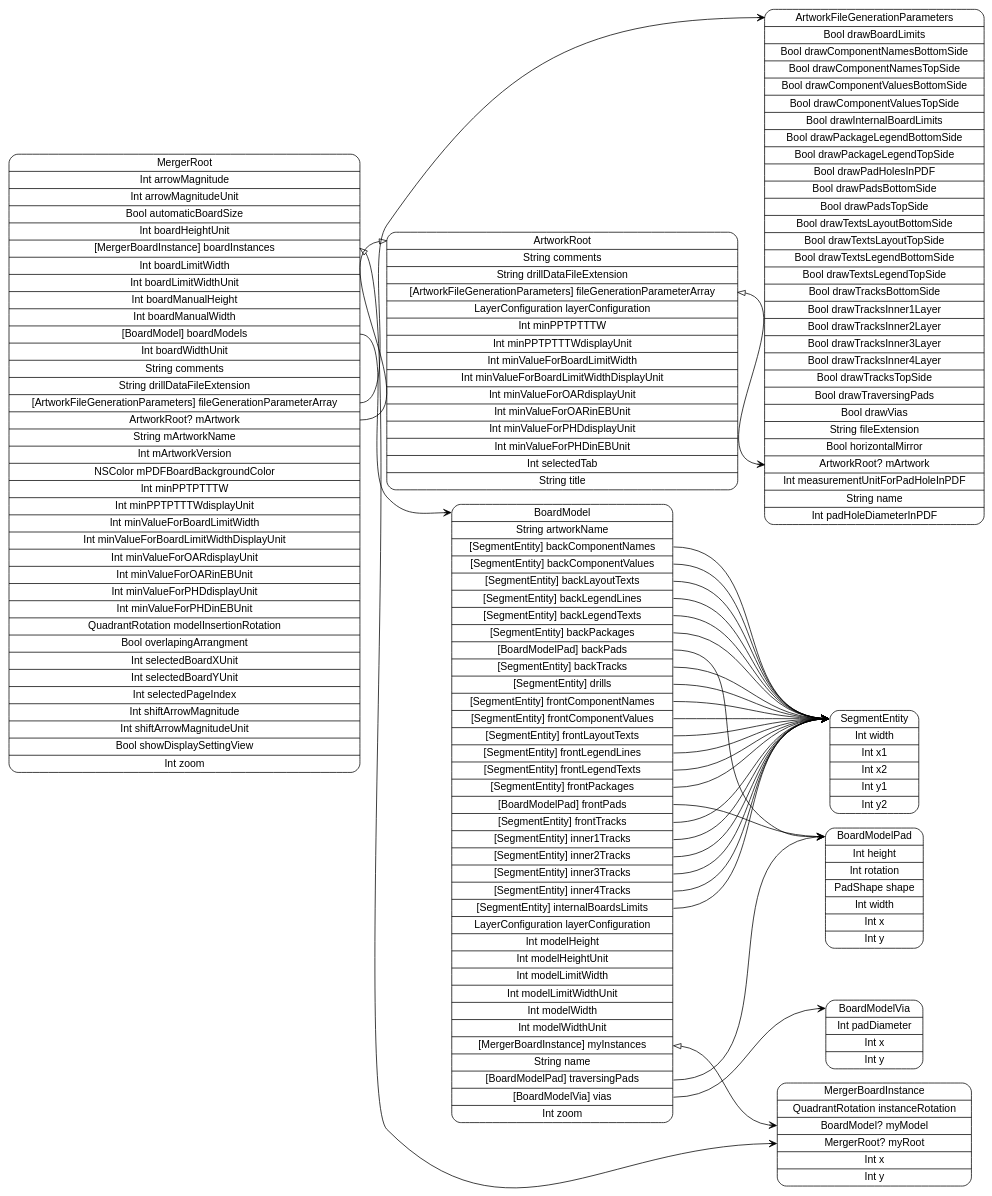
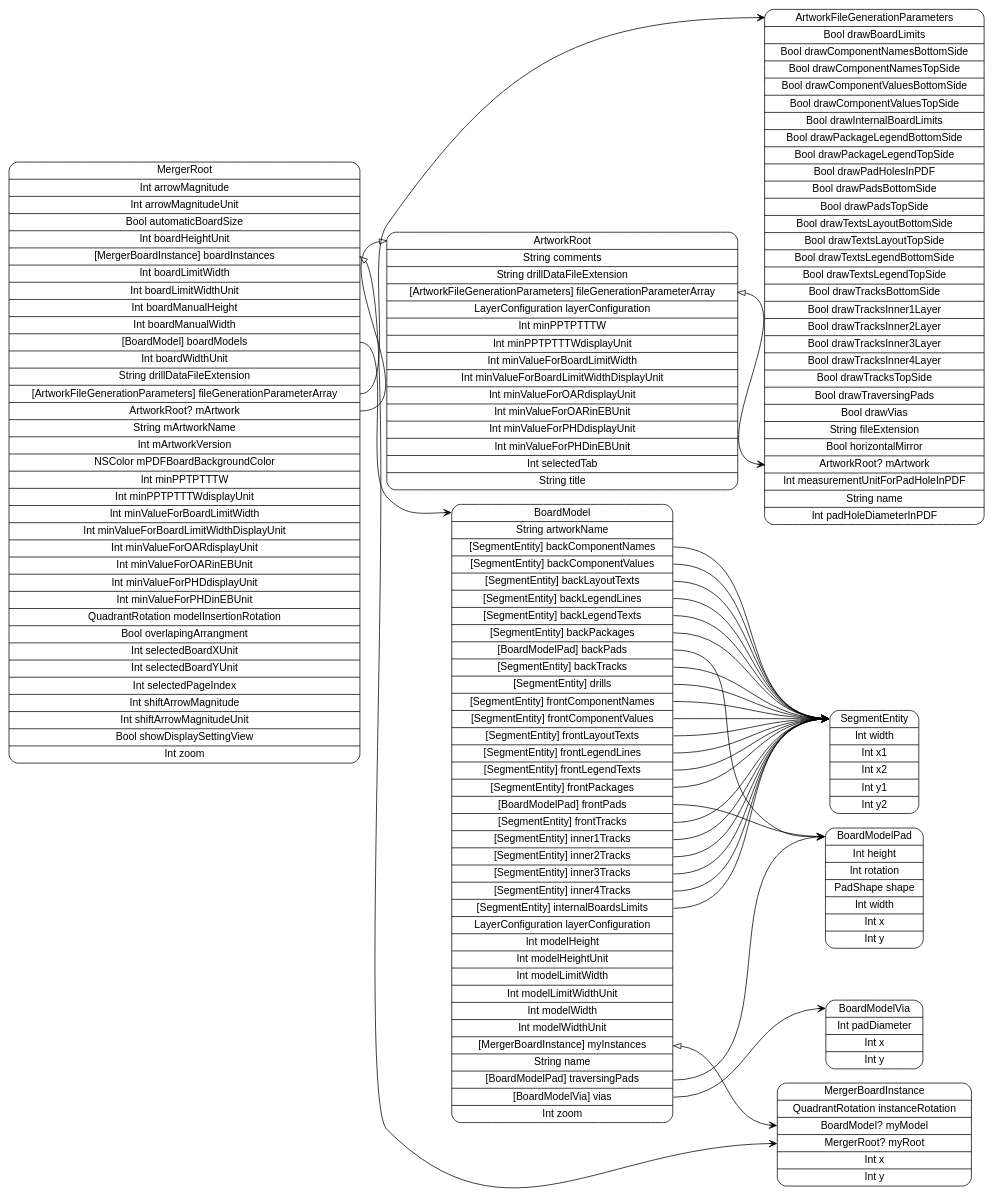
The diagram in models/MergerRoot.dot (pierremolinaro/ElCanari-dev), drawn with Graphviz before and after one commit. The commit also changed 17 other files, not shown here.

```diff
--- a/models/MergerRoot.dot
+++ b/models/MergerRoot.dot
@@ -1,42 +1,42 @@
 digraph G {
   rankdir=LR ;
   node [shape=record fontname=helvetica style=rounded] ;
-  MergerRoot[label="<MergerRoot>MergerRoot|Int arrowMagnitude|Int arrowMagnitudeUnit|Bool automaticBoardSize|Int boardHeightUnit|<boardInstances>[MergerBoardInstance] boardInstances|Int boardLimitWidth|Int boardLimitWidthUnit|Int boardManualHeight|Int boardManualWidth|<boardModels>[BoardModel] boardModels|Int boardWidthUnit|String comments|String drillDataFileExtension|<fileGenerationParameterArray>[ArtworkFileGenerationParameters] fileGenerationParameterArray|<mArtwork>ArtworkRoot? mArtwork|String mArtworkName|Int mArtworkVersion|NSColor mPDFBoardBackgroundColor|Int minPPTPTTTW|Int minPPTPTTTWdisplayUnit|Int minValueForBoardLimitWidth|Int minValueForBoardLimitWidthDisplayUnit|Int minValueForOARdisplayUnit|Int minValueForOARinEBUnit|Int minValueForPHDdisplayUnit|Int minValueForPHDinEBUnit|QuadrantRotation modelInsertionRotation|Bool overlapingArrangment|Int selectedBoardXUnit|Int selectedBoardYUnit|Int selectedPageIndex|Int shiftArrowMagnitude|Int shiftArrowMagnitudeUnit|Bool showDisplaySettingView|Int zoom"] ;
+  MergerRoot[label="<MergerRoot>MergerRoot|Int arrowMagnitude|Int arrowMagnitudeUnit|Bool automaticBoardSize|Int boardHeightUnit|<boardInstances>[MergerBoardInstance] boardInstances|Int boardLimitWidth|Int boardLimitWidthUnit|Int boardManualHeight|Int boardManualWidth|<boardModels>[BoardModel] boardModels|Int boardWidthUnit|String drillDataFileExtension|<fileGenerationParameterArray>[ArtworkFileGenerationParameters] fileGenerationParameterArray|<mArtwork>ArtworkRoot? mArtwork|String mArtworkName|Int mArtworkVersion|NSColor mPDFBoardBackgroundColor|Int minPPTPTTTW|Int minPPTPTTTWdisplayUnit|Int minValueForBoardLimitWidth|Int minValueForBoardLimitWidthDisplayUnit|Int minValueForOARdisplayUnit|Int minValueForOARinEBUnit|Int minValueForPHDdisplayUnit|Int minValueForPHDinEBUnit|QuadrantRotation modelInsertionRotation|Bool overlapingArrangment|Int selectedBoardXUnit|Int selectedBoardYUnit|Int selectedPageIndex|Int shiftArrowMagnitude|Int shiftArrowMagnitudeUnit|Bool showDisplaySettingView|Int zoom"] ;
   ArtworkRoot[label="<ArtworkRoot>ArtworkRoot|String comments|String drillDataFileExtension|<fileGenerationParameterArray>[ArtworkFileGenerationParameters] fileGenerationParameterArray|LayerConfiguration layerConfiguration|Int minPPTPTTTW|Int minPPTPTTTWdisplayUnit|Int minValueForBoardLimitWidth|Int minValueForBoardLimitWidthDisplayUnit|Int minValueForOARdisplayUnit|Int minValueForOARinEBUnit|Int minValueForPHDdisplayUnit|Int minValueForPHDinEBUnit|Int selectedTab|String title"] ;
   ArtworkFileGenerationParameters[label="<ArtworkFileGenerationParameters>ArtworkFileGenerationParameters|Bool drawBoardLimits|Bool drawComponentNamesBottomSide|Bool drawComponentNamesTopSide|Bool drawComponentValuesBottomSide|Bool drawComponentValuesTopSide|Bool drawInternalBoardLimits|Bool drawPackageLegendBottomSide|Bool drawPackageLegendTopSide|Bool drawPadHolesInPDF|Bool drawPadsBottomSide|Bool drawPadsTopSide|Bool drawTextsLayoutBottomSide|Bool drawTextsLayoutTopSide|Bool drawTextsLegendBottomSide|Bool drawTextsLegendTopSide|Bool drawTracksBottomSide|Bool drawTracksInner1Layer|Bool drawTracksInner2Layer|Bool drawTracksInner3Layer|Bool drawTracksInner4Layer|Bool drawTracksTopSide|Bool drawTraversingPads|Bool drawVias|String fileExtension|Bool horizontalMirror|<mArtwork>ArtworkRoot? mArtwork|Int measurementUnitForPadHoleInPDF|String name|Int padHoleDiameterInPDF"] ;
   BoardModel[label="<BoardModel>BoardModel|String artworkName|<backComponentNames>[SegmentEntity] backComponentNames|<backComponentValues>[SegmentEntity] backComponentValues|<backLayoutTexts>[SegmentEntity] backLayoutTexts|<backLegendLines>[SegmentEntity] backLegendLines|<backLegendTexts>[SegmentEntity] backLegendTexts|<backPackages>[SegmentEntity] backPackages|<backPads>[BoardModelPad] backPads|<backTracks>[SegmentEntity] backTracks|<drills>[SegmentEntity] drills|<frontComponentNames>[SegmentEntity] frontComponentNames|<frontComponentValues>[SegmentEntity] frontComponentValues|<frontLayoutTexts>[SegmentEntity] frontLayoutTexts|<frontLegendLines>[SegmentEntity] frontLegendLines|<frontLegendTexts>[SegmentEntity] frontLegendTexts|<frontPackages>[SegmentEntity] frontPackages|<frontPads>[BoardModelPad] frontPads|<frontTracks>[SegmentEntity] frontTracks|<inner1Tracks>[SegmentEntity] inner1Tracks|<inner2Tracks>[SegmentEntity] inner2Tracks|<inner3Tracks>[SegmentEntity] inner3Tracks|<inner4Tracks>[SegmentEntity] inner4Tracks|<internalBoardsLimits>[SegmentEntity] internalBoardsLimits|LayerConfiguration layerConfiguration|Int modelHeight|Int modelHeightUnit|Int modelLimitWidth|Int modelLimitWidthUnit|Int modelWidth|Int modelWidthUnit|<myInstances>[MergerBoardInstance] myInstances|String name|<traversingPads>[BoardModelPad] traversingPads|<vias>[BoardModelVia] vias|Int zoom"] ;
   BoardModelVia[label="<BoardModelVia>BoardModelVia|Int padDiameter|Int x|Int y"] ;
   BoardModelPad[label="<BoardModelPad>BoardModelPad|Int height|Int rotation|PadShape shape|Int width|Int x|Int y"] ;
   SegmentEntity[label="<SegmentEntity>SegmentEntity|Int width|Int x1|Int x2|Int y1|Int y2"] ;
   MergerBoardInstance[label="<MergerBoardInstance>MergerBoardInstance|QuadrantRotation instanceRotation|<myModel>BoardModel? myModel|<myRoot>MergerRoot? myRoot|Int x|Int y"] ;
   MergerRoot:boardInstances -> MergerBoardInstance:myRoot [dir=both arrowtail=onormal arrowhead=vee] ;
   MergerRoot:boardModels -> BoardModel:BoardModel [dir=both arrowtail=none arrowhead=vee] ;
   MergerRoot:fileGenerationParameterArray -> ArtworkFileGenerationParameters:ArtworkFileGenerationParameters [dir=both arrowtail=none arrowhead=vee] ;
   MergerRoot:mArtwork -> ArtworkRoot:ArtworkRoot [dir=both arrowtail=none arrowhead=onormal] ;
   ArtworkRoot:fileGenerationParameterArray -> ArtworkFileGenerationParameters:mArtwork [dir=both arrowtail=onormal arrowhead=vee] ;
   BoardModel:backComponentNames -> SegmentEntity:SegmentEntity [dir=both arrowtail=none arrowhead=vee] ;
   BoardModel:backComponentValues -> SegmentEntity:SegmentEntity [dir=both arrowtail=none arrowhead=vee] ;
   BoardModel:backLayoutTexts -> SegmentEntity:SegmentEntity [dir=both arrowtail=none arrowhead=vee] ;
   BoardModel:backLegendLines -> SegmentEntity:SegmentEntity [dir=both arrowtail=none arrowhead=vee] ;
   BoardModel:backLegendTexts -> SegmentEntity:SegmentEntity [dir=both arrowtail=none arrowhead=vee] ;
   BoardModel:backPackages -> SegmentEntity:SegmentEntity [dir=both arrowtail=none arrowhead=vee] ;
   BoardModel:backPads -> BoardModelPad:BoardModelPad [dir=both arrowtail=none arrowhead=vee] ;
   BoardModel:backTracks -> SegmentEntity:SegmentEntity [dir=both arrowtail=none arrowhead=vee] ;
   BoardModel:drills -> SegmentEntity:SegmentEntity [dir=both arrowtail=none arrowhead=vee] ;
   BoardModel:frontComponentNames -> SegmentEntity:SegmentEntity [dir=both arrowtail=none arrowhead=vee] ;
   BoardModel:frontComponentValues -> SegmentEntity:SegmentEntity [dir=both arrowtail=none arrowhead=vee] ;
   BoardModel:frontLayoutTexts -> SegmentEntity:SegmentEntity [dir=both arrowtail=none arrowhead=vee] ;
   BoardModel:frontLegendLines -> SegmentEntity:SegmentEntity [dir=both arrowtail=none arrowhead=vee] ;
   BoardModel:frontLegendTexts -> SegmentEntity:SegmentEntity [dir=both arrowtail=none arrowhead=vee] ;
   BoardModel:frontPackages -> SegmentEntity:SegmentEntity [dir=both arrowtail=none arrowhead=vee] ;
   BoardModel:frontPads -> BoardModelPad:BoardModelPad [dir=both arrowtail=none arrowhead=vee] ;
   BoardModel:frontTracks -> SegmentEntity:SegmentEntity [dir=both arrowtail=none arrowhead=vee] ;
   BoardModel:inner1Tracks -> SegmentEntity:SegmentEntity [dir=both arrowtail=none arrowhead=vee] ;
   BoardModel:inner2Tracks -> SegmentEntity:SegmentEntity [dir=both arrowtail=none arrowhead=vee] ;
   BoardModel:inner3Tracks -> SegmentEntity:SegmentEntity [dir=both arrowtail=none arrowhead=vee] ;
   BoardModel:inner4Tracks -> SegmentEntity:SegmentEntity [dir=both arrowtail=none arrowhead=vee] ;
   BoardModel:internalBoardsLimits -> SegmentEntity:SegmentEntity [dir=both arrowtail=none arrowhead=vee] ;
   BoardModel:myInstances -> MergerBoardInstance:myModel [dir=both arrowtail=onormal arrowhead=vee] ;
   BoardModel:traversingPads -> BoardModelPad:BoardModelPad [dir=both arrowtail=none arrowhead=vee] ;
   BoardModel:vias -> BoardModelVia:BoardModelVia [dir=both arrowtail=none arrowhead=vee] ;
 }
```
